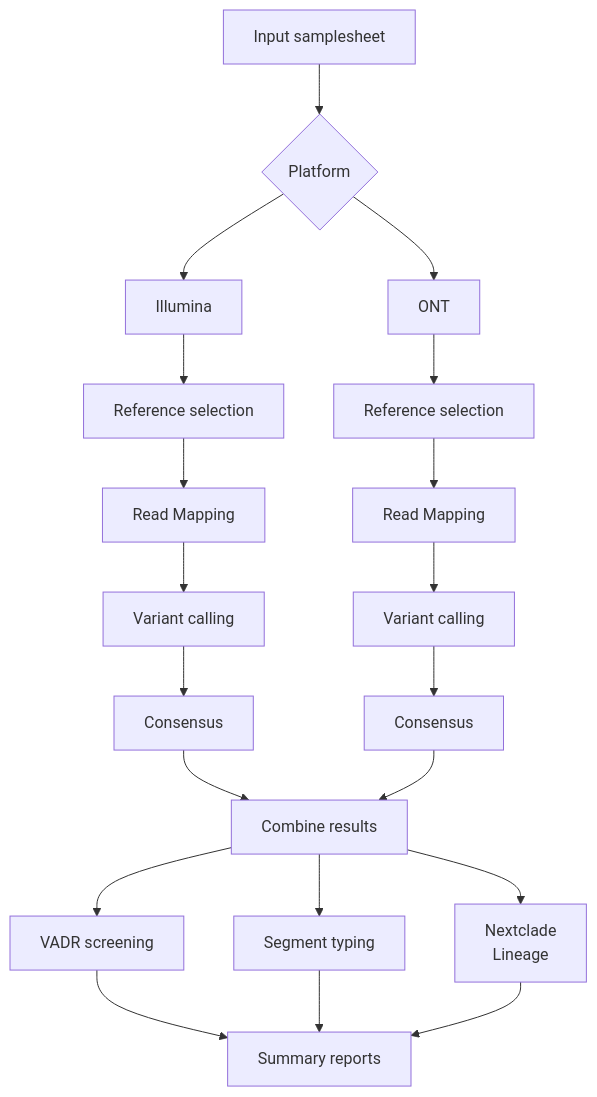
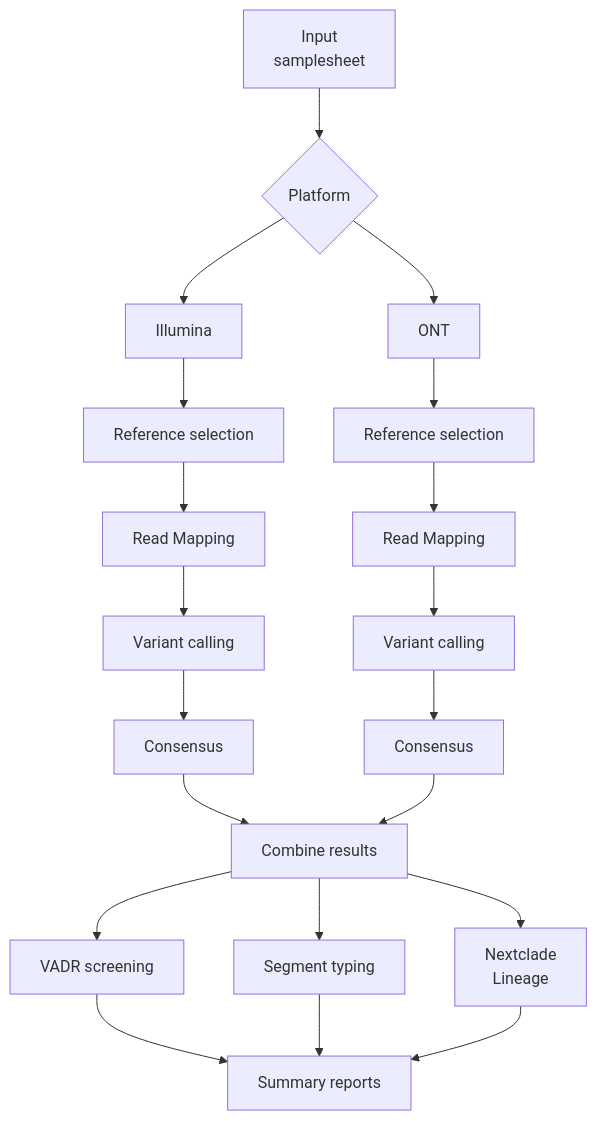
The diagram in README.md (provlab-bioinfo/nf-fluab), drawn with Mermaid before and after one commit.

Commit message:
Improve input samplesheet label in README
Updated input samplesheet label for clarity.

````diff
--- a/README.md
+++ b/README.md
@@ -12,29 +12,29 @@
 ```mermaid
 flowchart TD
-    A[Input samplesheet] --> B{Platform}
+    A[Input<br>samplesheet] --> B{Platform}
     B --> C[Illumina]
     B --> D[ONT]
 
     C --> E[Reference selection]
     D --> F[Reference selection]
 
     E --> G[Read Mapping]
     F --> H[Read Mapping]
 
     G --> I[Variant calling]
     H --> J[Variant calling]
 
     I --> K[Consensus]
     J --> L[Consensus]
 
     K --> M[Combine results]
     L --> M
 
     M --> N[VADR screening]
     M --> O[Segment typing]
     M --> P[Nextclade<br>Lineage]
 
     N --> Q[Summary reports]
     O --> Q
     P --> Q
 ```
````
